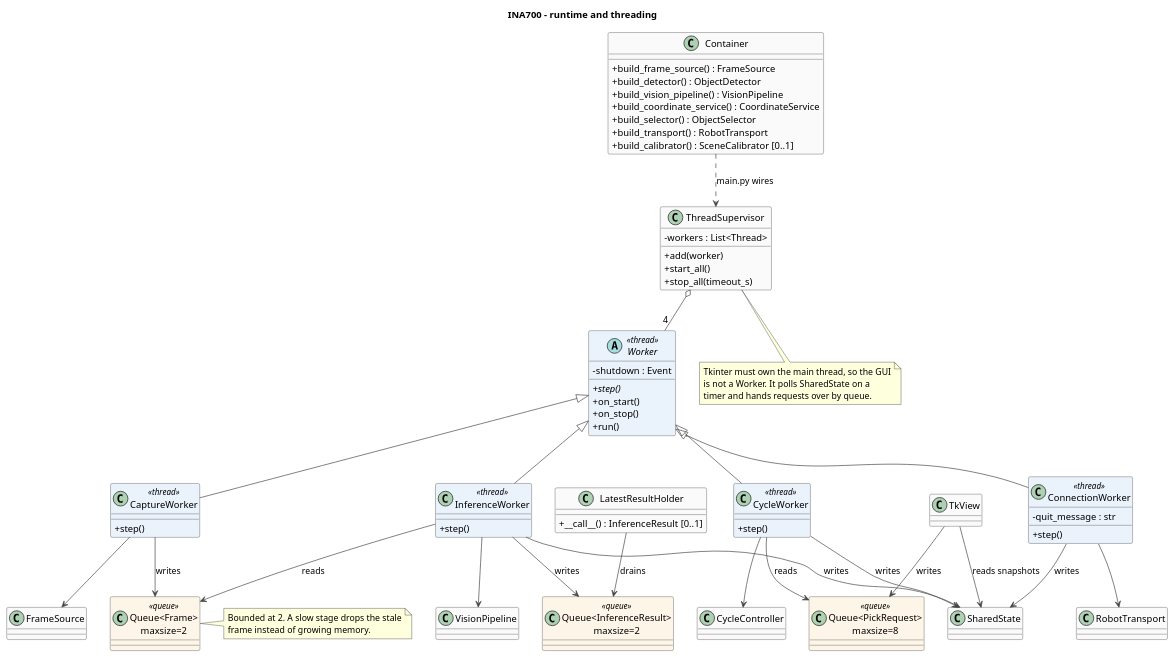
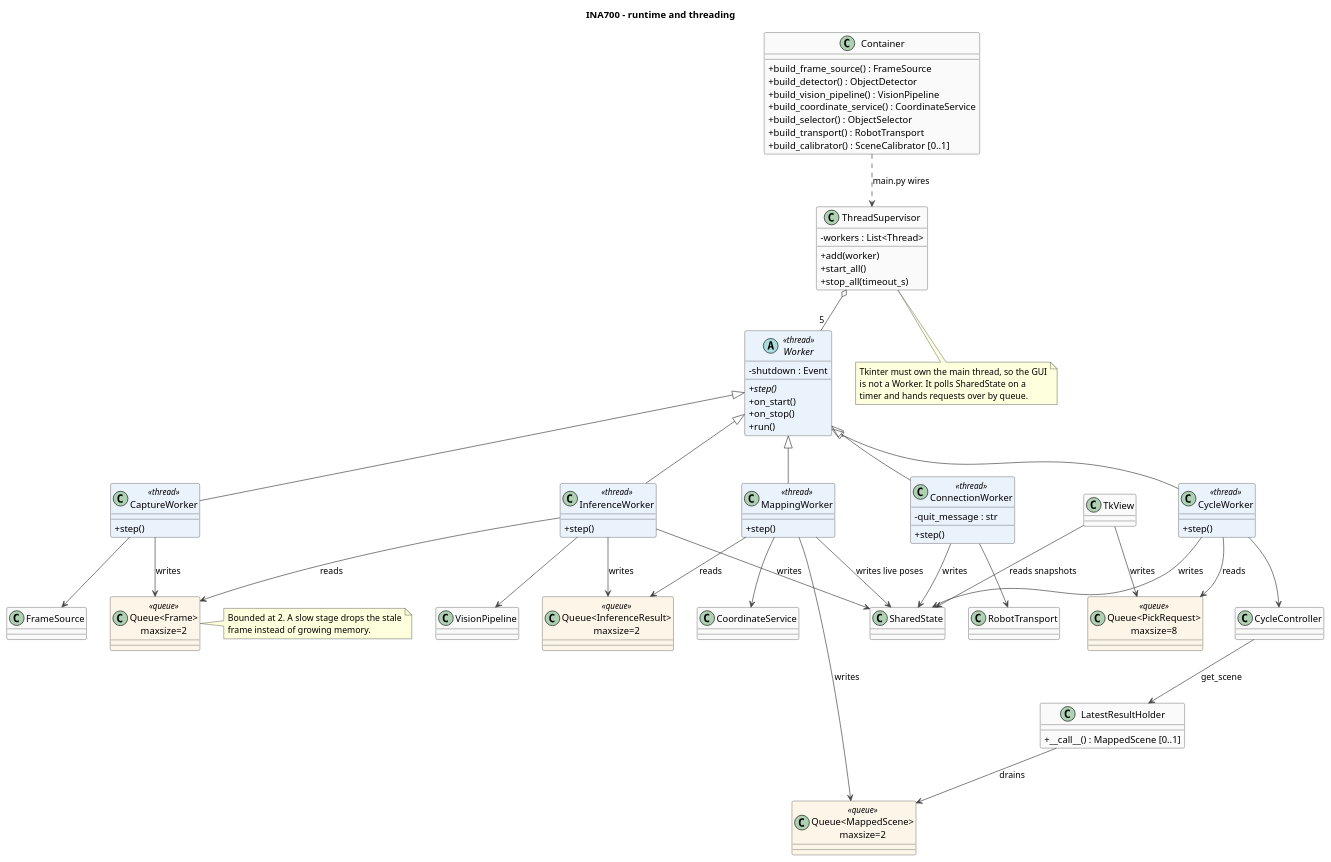
The diagram in docs/uml/06-runtime.puml (suka1901/project_industrial_automation), drawn with PlantUML before and after one commit. The commit also changed 7 other files, not shown here.

```diff
--- a/docs/uml/06-runtime.puml
+++ b/docs/uml/06-runtime.puml
@@ -1,104 +1,114 @@
 @startuml INA700_runtime
 ' INA700 - threads and their wiring
 ' Author: Suraj Karki
 ' Course: INA700 - AI-based pick and place
 '
 ' Each thread owns one distinct job. They share nothing but bounded queues
 ' and one lock-guarded state object handing out immutable snapshots.
 
 title INA700 - runtime and threading
 
 skinparam backgroundColor #FFFFFF
 skinparam shadowing false
 skinparam classAttributeIconSize 0
 skinparam ArrowColor #444444
 skinparam class {
   BorderColor #333333
   BackgroundColor #FAFAFA
   BackgroundColor<<thread>> #EAF2FB
   BackgroundColor<<queue>> #FDF6E8
 }
 
 abstract class Worker <<thread>> {
   -shutdown : Event
   +{abstract} step()
   +on_start()
   +on_stop()
   +run()
 }
 
 class CaptureWorker <<thread>> {
   +step()
 }
 class InferenceWorker <<thread>> {
   +step()
 }
+class MappingWorker <<thread>> {
+  +step()
+}
 class CycleWorker <<thread>> {
   +step()
 }
 class ConnectionWorker <<thread>> {
   -quit_message : str
   +step()
 }
 
 class ThreadSupervisor {
   -workers : List<Thread>
   +add(worker)
   +start_all()
   +stop_all(timeout_s)
 }
 
 class LatestResultHolder {
-  +__call__() : InferenceResult [0..1]
+  +__call__() : MappedScene [0..1]
 }
 
 class "Queue<Frame>\nmaxsize=2" as FrameQueue <<queue>>
 class "Queue<InferenceResult>\nmaxsize=2" as ResultQueue <<queue>>
+class "Queue<MappedScene>\nmaxsize=2" as SceneQueue <<queue>>
 class "Queue<PickRequest>\nmaxsize=8" as RequestQueue <<queue>>
 
 class Container {
   +build_frame_source() : FrameSource
   +build_detector() : ObjectDetector
   +build_vision_pipeline() : VisionPipeline
   +build_coordinate_service() : CoordinateService
   +build_selector() : ObjectSelector
   +build_transport() : RobotTransport
   +build_calibrator() : SceneCalibrator [0..1]
 }
 
 Worker <|-- CaptureWorker
 Worker <|-- InferenceWorker
+Worker <|-- MappingWorker
 Worker <|-- CycleWorker
 Worker <|-- ConnectionWorker
-ThreadSupervisor o-- "4" Worker
+ThreadSupervisor o-- "5" Worker
 
 CaptureWorker --> FrameQueue : writes
 InferenceWorker --> FrameQueue : reads
 InferenceWorker --> ResultQueue : writes
-LatestResultHolder --> ResultQueue : drains
+MappingWorker --> ResultQueue : reads
+MappingWorker --> SceneQueue : writes
+MappingWorker --> CoordinateService
+LatestResultHolder --> SceneQueue : drains
+CycleController --> LatestResultHolder : get_scene
 CycleWorker --> RequestQueue : reads
 CycleWorker --> CycleController
 InferenceWorker --> VisionPipeline
 CaptureWorker --> FrameSource
 ConnectionWorker --> RobotTransport
 
 TkView --> RequestQueue : writes
 TkView --> SharedState : reads snapshots
 InferenceWorker --> SharedState : writes
+MappingWorker --> SharedState : writes live poses
 CycleWorker --> SharedState : writes
 ConnectionWorker --> SharedState : writes
 
 Container ..> ThreadSupervisor : main.py wires
 
 note bottom of ThreadSupervisor
   Tkinter must own the main thread, so the GUI
   is not a Worker. It polls SharedState on a
   timer and hands requests over by queue.
 end note
 
 note right of FrameQueue
   Bounded at 2. A slow stage drops the stale
   frame instead of growing memory.
 end note
 
 @enduml
```
